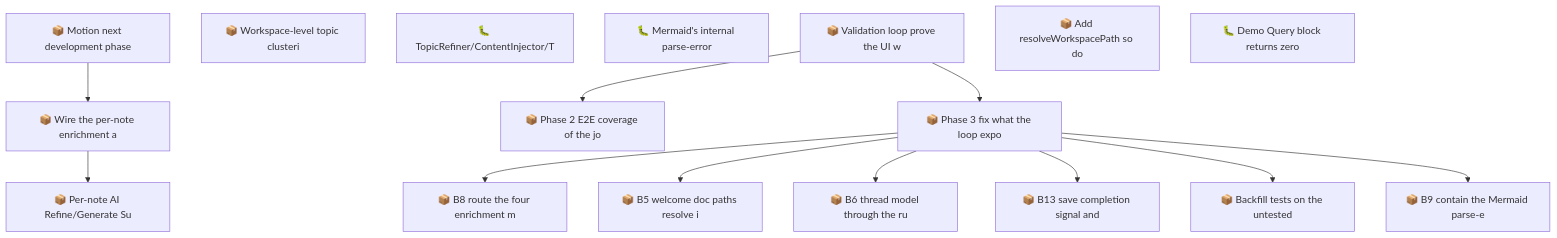
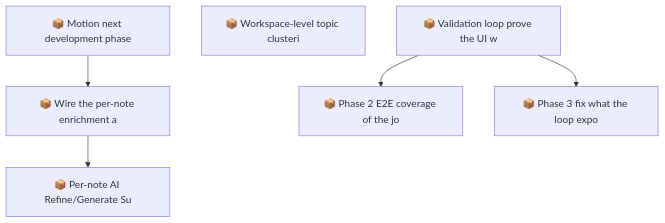
The second of 2 diagrams in docs/roadmap.md (SpillwaveSolutions/motion), drawn with Mermaid before and after one commit. The commit also changed other lines of this file and 45 other files, not shown here.

````diff
--- a/docs/roadmap.md
+++ b/docs/roadmap.md
@@ -108,30 +67,14 @@
 ```mermaid
 graph TD
     01KYFZ6RBHABFSC9K9NJ90168Q["📦 Motion next development phase"]
     01KYFZ6RBJV920SFW0MAN9MX9J["📦 Wire the per-note enrichment a"]
     01KYFZ6RBJZNYDT9AK2V0RA11T["📦 Per-note AI Refine/Generate Su"]
     01KYFZ8RGR06XBSG9CH4TEWYJY["📦 Workspace-level topic clusteri"]
-    01KYJW5XJ5HTG7ESZ7DDDS8W0C["🐛 TopicRefiner/ContentInjector/T"]
-    01KYJXSYEZ97M9638S91GYZWV0["🐛 Mermaid's internal parse-error"]
     01KYK6NHSFJNG9XV6D8K5SHWCV["📦 Validation loop prove the UI w"]
-    01KYK6NHSH15H376EZGAMTZE9J["📦 B8 route the four enrichment m"]
-    01KYK6NHSH2RMTJQ3SR7MGW7Q8["📦 Add resolveWorkspacePath so do"]
     01KYK6NHSHBJ0SV2MM8N3A0KJR["📦 Phase 2 E2E coverage of the jo"]
-    01KYK6NHSHD4NMT2QVMQD2HHBP["📦 B5 welcome doc paths resolve i"]
-    01KYK6NHSHKZ20DY8FBB5S1PP9["📦 B6 thread model through the ru"]
-    01KYK6NHSHQZZQV7DJM5A64C6E["📦 B13 save completion signal and"]
-    01KYK6NHSHSASEERK1KJ7XVDPN["📦 Backfill tests on the untested"]
-    01KYK6NHSHVZ2EZZH7NBRADW7E["📦 B9 contain the Mermaid parse-e"]
     01KYK6NHSHZJNNCYMEW9ZG77NP["📦 Phase 3 fix what the loop expo"]
-    01KYK7WZRS65D7DPP0D1DT58Z7["🐛 Demo Query block returns zero"]
     01KYFZ6RBHABFSC9K9NJ90168Q --> 01KYFZ6RBJV920SFW0MAN9MX9J
     01KYFZ6RBJV920SFW0MAN9MX9J --> 01KYFZ6RBJZNYDT9AK2V0RA11T
-    01KYK6NHSHZJNNCYMEW9ZG77NP --> 01KYK6NHSH15H376EZGAMTZE9J
     01KYK6NHSFJNG9XV6D8K5SHWCV --> 01KYK6NHSHBJ0SV2MM8N3A0KJR
-    01KYK6NHSHZJNNCYMEW9ZG77NP --> 01KYK6NHSHD4NMT2QVMQD2HHBP
-    01KYK6NHSHZJNNCYMEW9ZG77NP --> 01KYK6NHSHKZ20DY8FBB5S1PP9
-    01KYK6NHSHZJNNCYMEW9ZG77NP --> 01KYK6NHSHQZZQV7DJM5A64C6E
-    01KYK6NHSHZJNNCYMEW9ZG77NP --> 01KYK6NHSHSASEERK1KJ7XVDPN
-    01KYK6NHSHZJNNCYMEW9ZG77NP --> 01KYK6NHSHVZ2EZZH7NBRADW7E
     01KYK6NHSFJNG9XV6D8K5SHWCV --> 01KYK6NHSHZJNNCYMEW9ZG77NP
 ```
````
